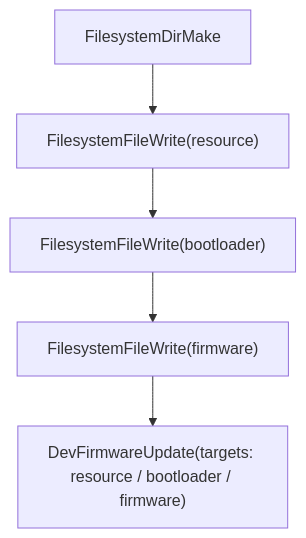
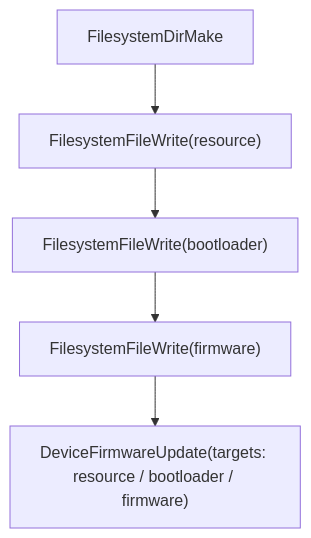
Before and after one commit to OneKeyHQ/hardware-js-sdk: the fifth of 5 diagrams in docs/transport.md, drawn with Mermaid. The commit also changed other lines of this file and 65 other files, not shown here.

Commit message:
feat: support pro2 protocol v2 usb flows

````diff
--- a/docs/transport.md
+++ b/docs/transport.md
@@ -172,10 +172,10 @@
 ```mermaid
 flowchart TD
   Mkdir["FilesystemDirMake"]
   Resource["FilesystemFileWrite(resource)"]
   Bootloader["FilesystemFileWrite(bootloader)"]
   Firmware["FilesystemFileWrite(firmware)"]
-  Update["DevFirmwareUpdate(targets: resource / bootloader / firmware)"]
+  Update["DeviceFirmwareUpdate(targets: resource / bootloader / firmware)"]
 
   Mkdir --> Resource --> Bootloader --> Firmware --> Update
 ```
````
